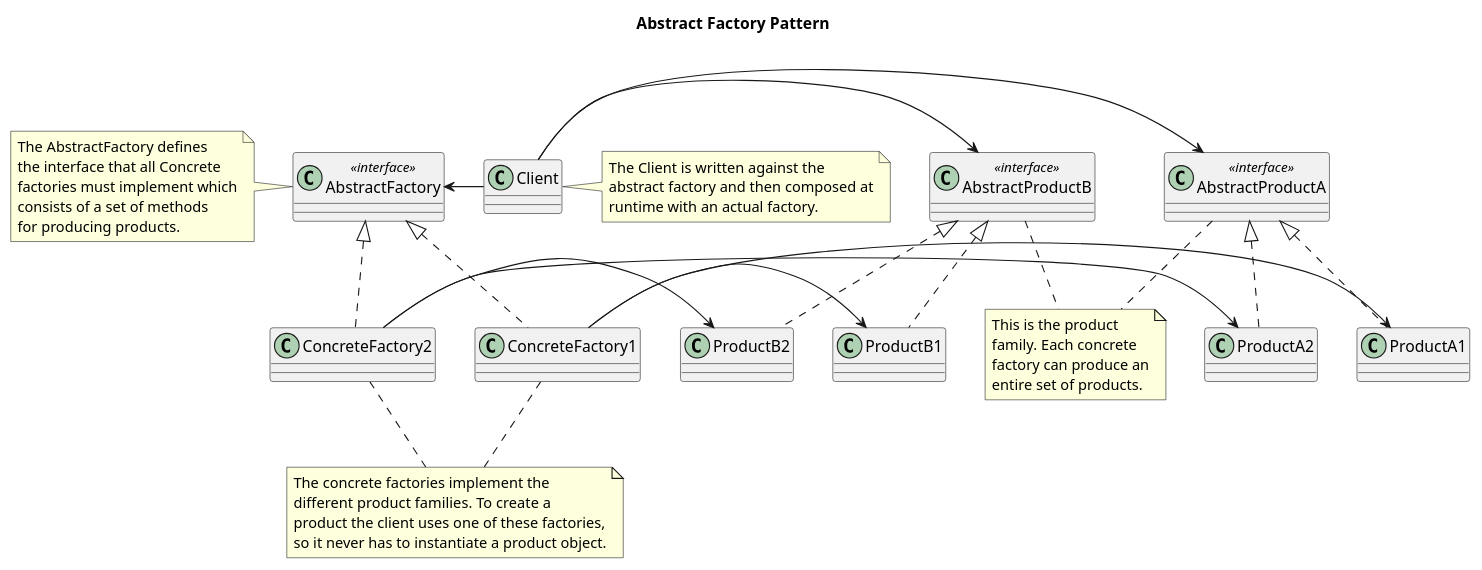
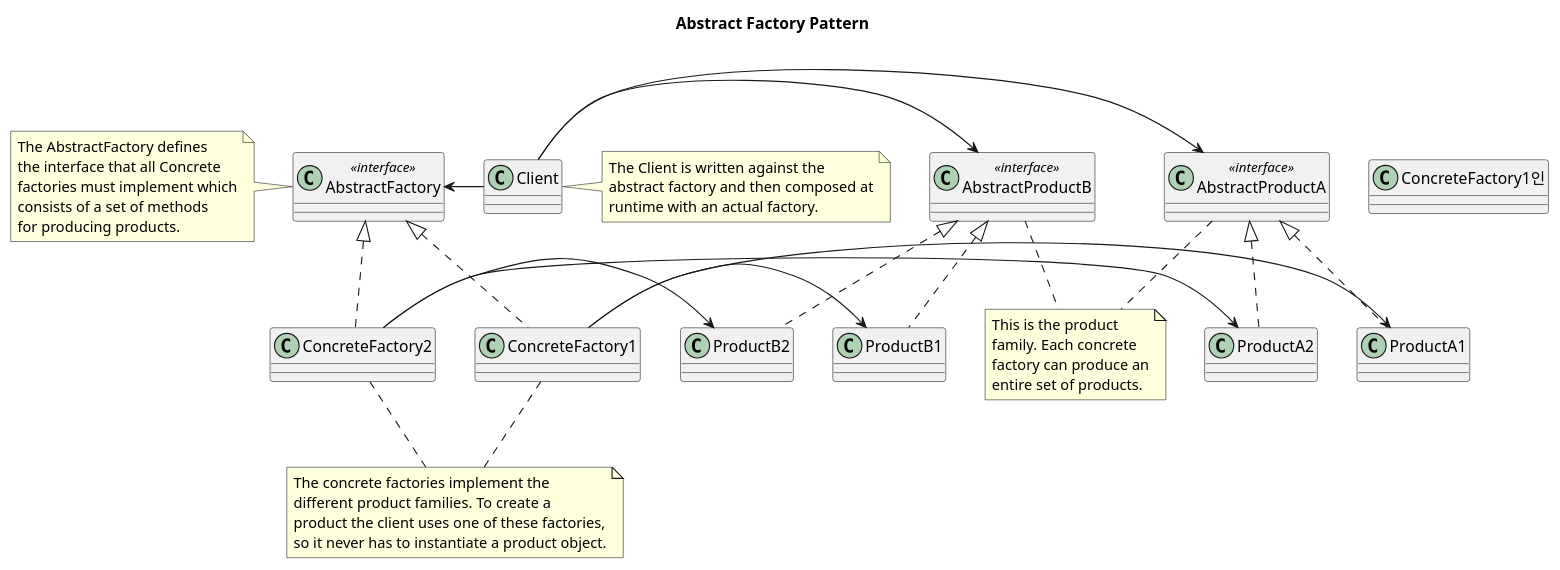
The diagram in _wiki/abstract-factory-pattern.md (Achelous1/achelous1.github.io), drawn with PlantUML before and after one commit. The commit also changed other lines of this file and 10 other files, not shown here.

````diff
--- a/_wiki/abstract-factory-pattern.md
+++ b/_wiki/abstract-factory-pattern.md
@@ -18,52 +19,52 @@
 ``` plantuml
 skinparam componentStyle uml2
 
 title Abstract Factory Pattern
 
 class Client
 class AbstractFactory <<interface>>
 class AbstractProductA <<interface>>
 class ProductA2
 class ProductA1
-class ConcreteFactory1
+class ConcreteFactory1인
 class ConcreteFactory2
 class AbstractProductB <<interface>>
 class ProductB1
 class ProductB2
 
 AbstractFactory <– Client
 Client –> AbstractProductA
 Client –> AbstractProductB
 AbstractFactory <|.. ConcreteFactory1
 AbstractFactory <|.. ConcreteFactory2
 AbstractProductA <|.. ProductA1
 AbstractProductA <|.. ProductA2
 AbstractProductB <|.. ProductB1
 AbstractProductB <|.. ProductB2
 ProductA1 <– ConcreteFactory1
 ProductB1 <– ConcreteFactory1
 ProductA2 <– ConcreteFactory2
 ProductB2 <– ConcreteFactory2
 
 note right of Client
 The Client is written against the
 abstract factory and then composed at
 runtime with an actual factory.
 end note
 
 note left of AbstractFactory
 The AbstractFactory defines
 the interface that all Concrete
 factories must implement which
 consists of a set of methods
 for producing products.
 end note
 
 note “The concrete factories implement the\ndifferent product families. To create a\nproduct the client uses one of these factories,\nso it never has to instantiate a product object.” as n1
 ConcreteFactory1 .. n1
 ConcreteFactory2 .. n1
 
 note “This is the product\nfamily. Each concrete\nfactory can produce an\nentire set of products.” as n2
 AbstractProductA .. n2
 AbstractProductB .. n2
 ```
````
